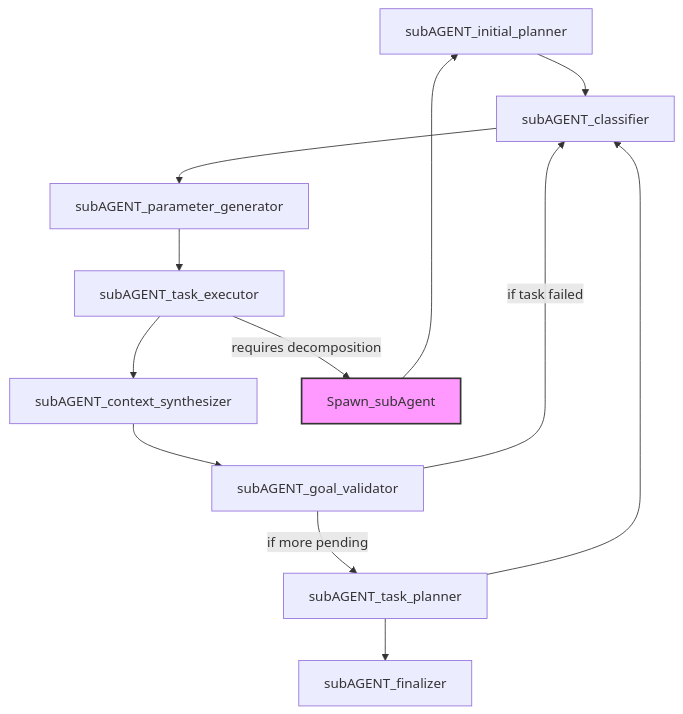
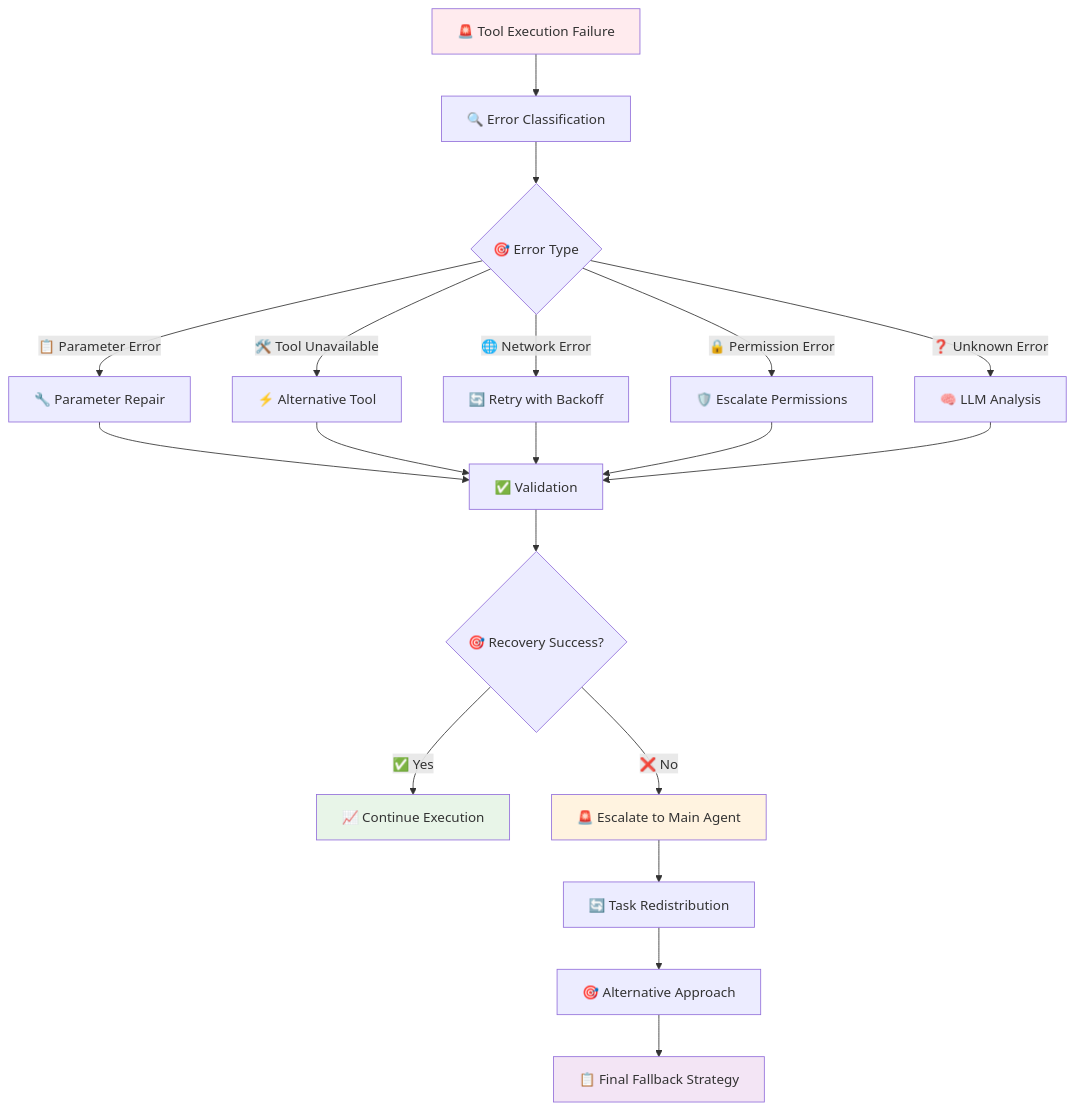
The fourth of 4 diagrams in README.md (PIRATE-E/ai-workflow-task-agent), drawn with Mermaid before and after one commit. The commit also changed other lines of this file, not shown here.

````diff
--- a/README.md
+++ b/README.md
@@ -528,27 +706,30 @@
 ```mermaid
 flowchart TD
-    A[subAGENT_initial_planner]
-    B[subAGENT_classifier]
-    C[subAGENT_parameter_generator]
-    D[subAGENT_task_executor]
-    E[subAGENT_context_synthesizer]
-    F[subAGENT_goal_validator]
-    G[subAGENT_task_planner]
-    H[subAGENT_finalizer]
-
-    A --> B
-    B --> C
-    C --> D
-    D --> E
-    E --> F
-    F -->|if task failed| B
-    F -->|if more pending| G
-    G --> B
-    G --> H
-
-    %% Spawning path for complex tasks or repeated failures
-    D -->|requires decomposition| SPAWN[Spawn_subAgent]
-    SPAWN --> A
-
-    style SPAWN fill:#f9f,stroke:#333,stroke-width:2px
-``` 
+    A[🚨 Tool Execution Failure] --> B[🔍 Error Classification]
+    B --> C{🎯 Error Type}
+    
+    C -->|📋 Parameter Error| D[🔧 Parameter Repair]
+    C -->|🛠️ Tool Unavailable| E[⚡ Alternative Tool]
+    C -->|🌐 Network Error| F[🔄 Retry with Backoff]
+    C -->|🔒 Permission Error| G[🛡️ Escalate Permissions]
+    C -->|❓ Unknown Error| H[🧠 LLM Analysis]
+    
+    D --> I[✅ Validation]
+    E --> I
+    F --> I
+    G --> I
+    H --> I
+    
+    I --> J{🎯 Recovery Success?}
+    J -->|✅ Yes| K[📈 Continue Execution]
+    J -->|❌ No| L[🚨 Escalate to Main Agent]
+    
+    L --> M[🔄 Task Redistribution]
+    M --> N[🎯 Alternative Approach]
+    N --> O[📋 Final Fallback Strategy]
+    
+    style A fill:#ffebee
+    style K fill:#e8f5e8
+    style L fill:#fff3e0
+    style O fill:#f3e5f5
+```
````
